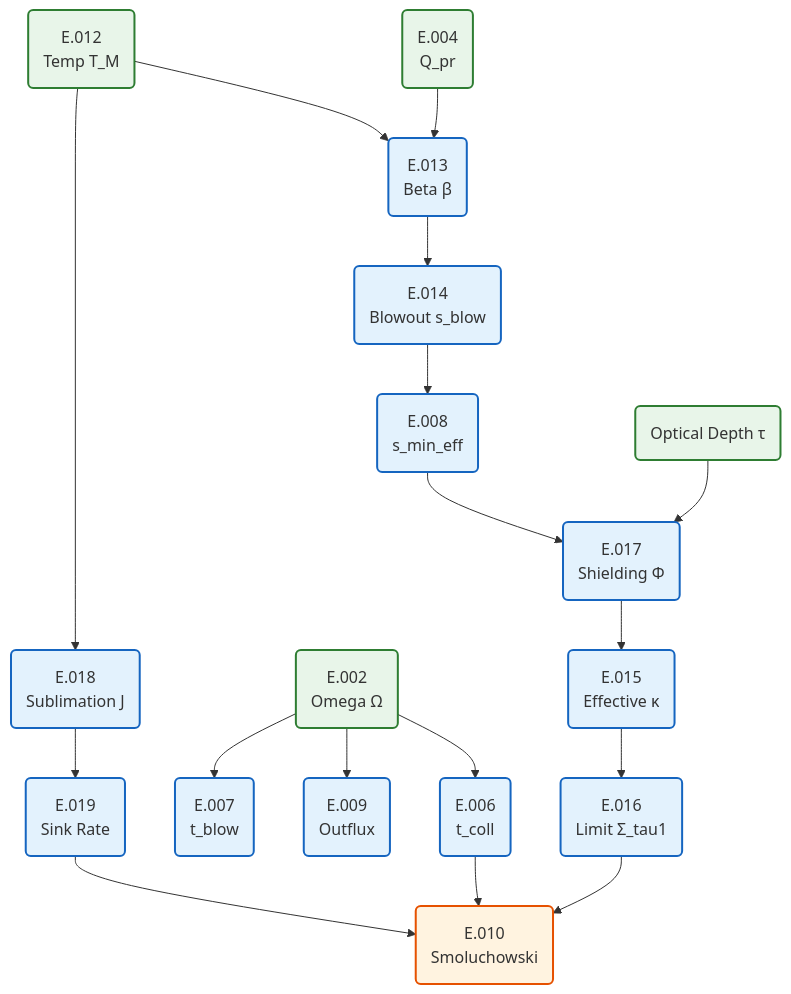
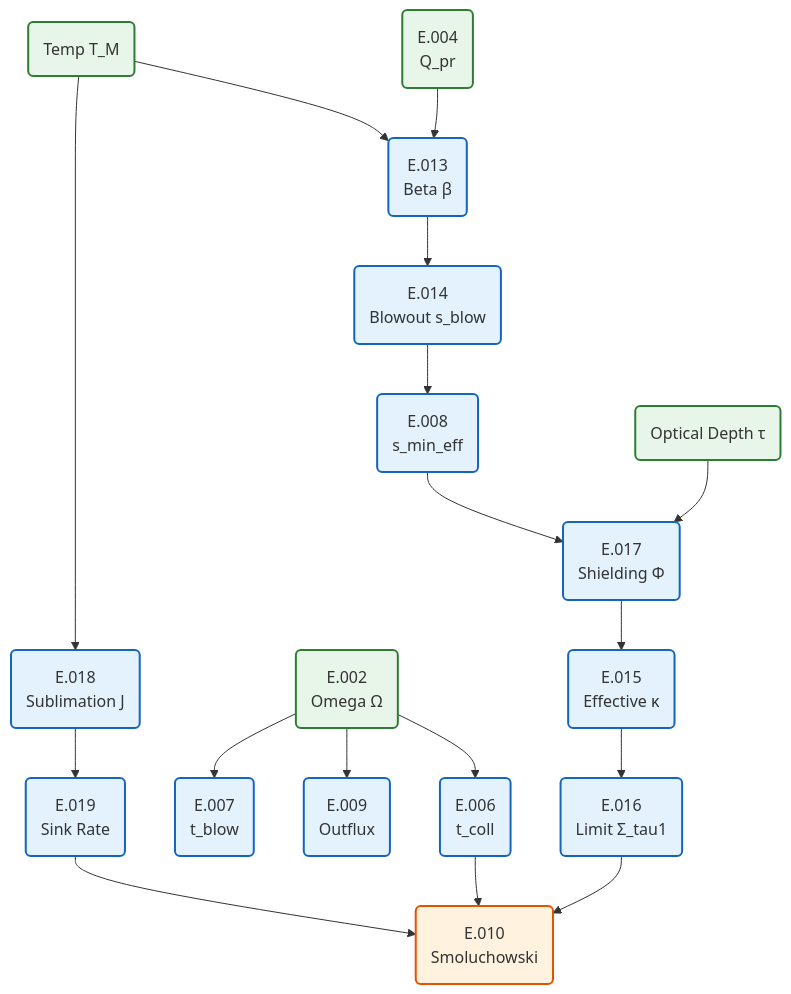
The diagram in analysis/equations.md (Einfeld686/MarsDiskSimulation), drawn with Mermaid before and after one commit. The commit also changed 8 other files, not shown here.

````diff
--- a/analysis/equations.md
+++ b/analysis/equations.md
@@ -9,36 +9,36 @@
 ```mermaid
 graph TD
     %% Basic Inputs
-    TM(E.012<br/>Temp T_M) --> Beta(E.013<br/>Beta β)
+    TM(Temp T_M) --> Beta(E.013<br/>Beta β)
     TM --> HKL(E.018<br/>Sublimation J)
     
     %% Radiation Handling
     Qpr(E.004<br/>Q_pr) --> Beta
     Beta --> Ablow(E.014<br/>Blowout s_blow)
     Ablow --> Smin(E.008<br/>s_min_eff)
     
     %% Surface Physics
     Smin --> Phi(E.017<br/>Shielding Φ)
     Tau(Optical Depth τ) --> Phi
     Phi --> Kappa(E.015<br/>Effective κ)
     Kappa --> Lim(E.016<br/>Limit Σ_tau1)
     
     %% Dynamics
     Omega(E.002<br/>Omega Ω) --> Tblow(E.007<br/>t_blow)
     Omega --> Out(E.009<br/>Outflux)
     Omega --> Tcoll(E.006<br/>t_coll)
     
     %% Integrators
     HKL --> Rate(E.019<br/>Sink Rate)
     Rate --> Smol(E.010<br/>Smoluchowski)
     Tcoll --> Smol
     Lim --> Smol
     
     classDef input fill:#e8f5e9,stroke:#2e7d32,stroke-width:2px;
     classDef calc fill:#e3f2fd,stroke:#1565c0,stroke-width:2px;
     classDef core fill:#fff3e0,stroke:#e65100,stroke-width:2px;
     
     class TM,Qpr,Omega,Tau input;
     class Beta,Ablow,Smin,Phi,Kappa,Lim,Tblow,Out,Tcoll,HKL,Rate calc;
     class Smol core;
 ```
````
